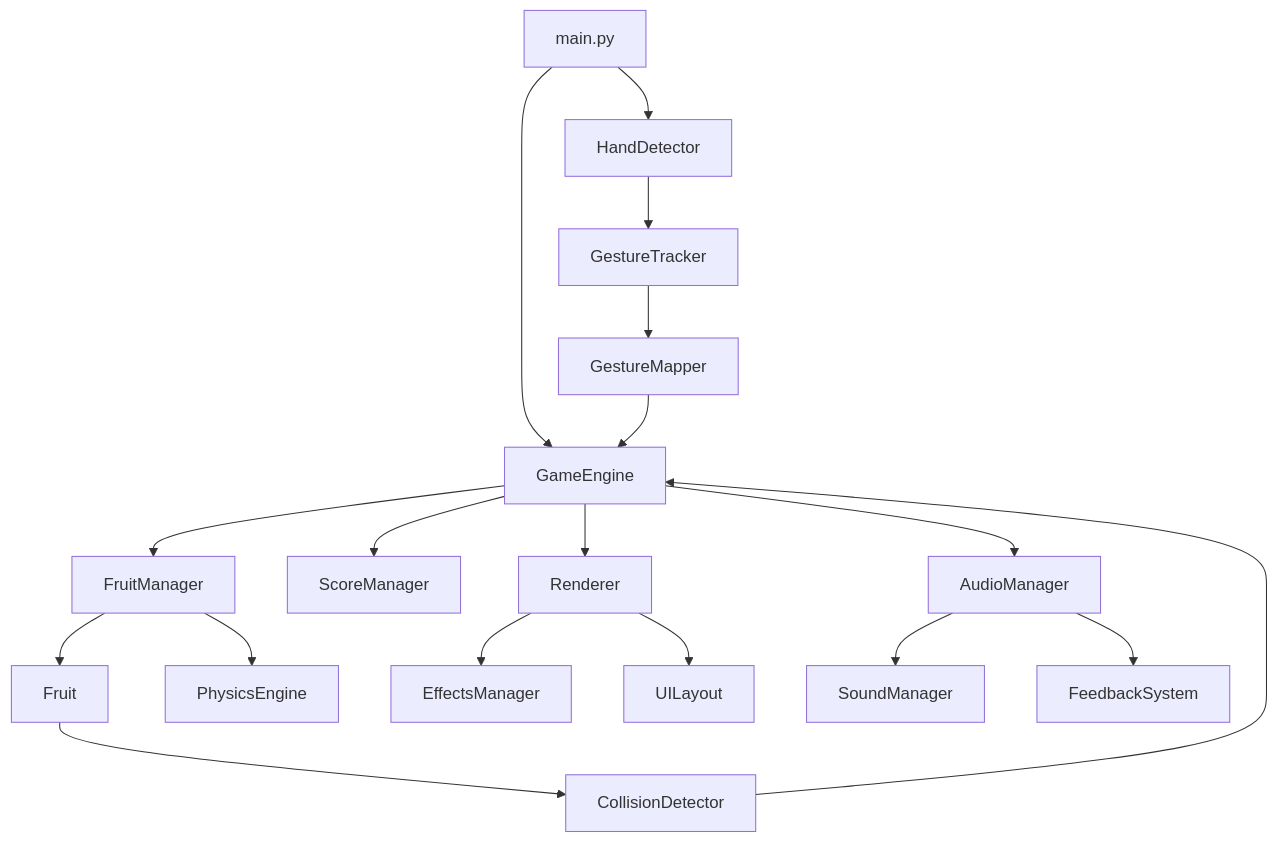
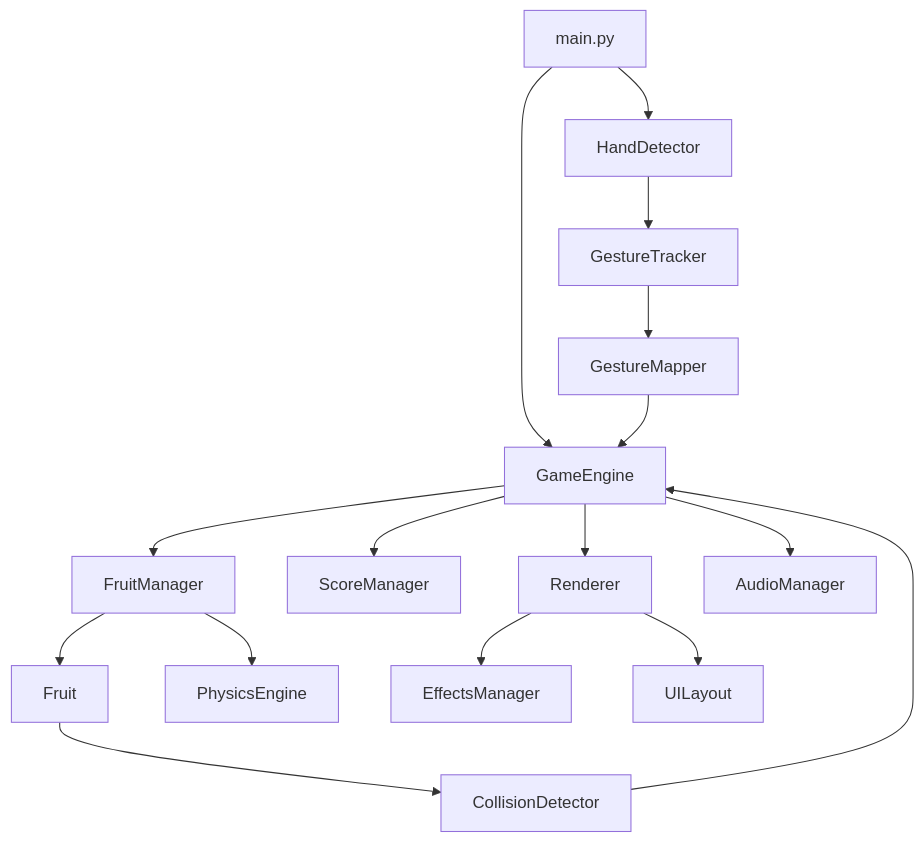
The diagram in 项目架构.md (deersirz/FruitNinja), drawn with Mermaid before and after one commit. The commit also changed other lines of this file, not shown here.

````diff
--- a/项目架构.md
+++ b/项目架构.md
@@ -171,20 +119,18 @@
 ```mermaid
 graph TD
     A[main.py] --> B[GameEngine]
     A --> C[HandDetector]
     B --> D[FruitManager]
     B --> E[ScoreManager]
     B --> F[Renderer]
     B --> G[AudioManager]
     C --> H[GestureTracker]
     H --> I[GestureMapper]
     D --> J[Fruit]
     D --> K[PhysicsEngine]
     I --> B
     J --> L[CollisionDetector]
     L --> B
     F --> M[EffectsManager]
     F --> N[UILayout]
-    G --> O[SoundManager]
-    G --> P[FeedbackSystem]
 ```
````
